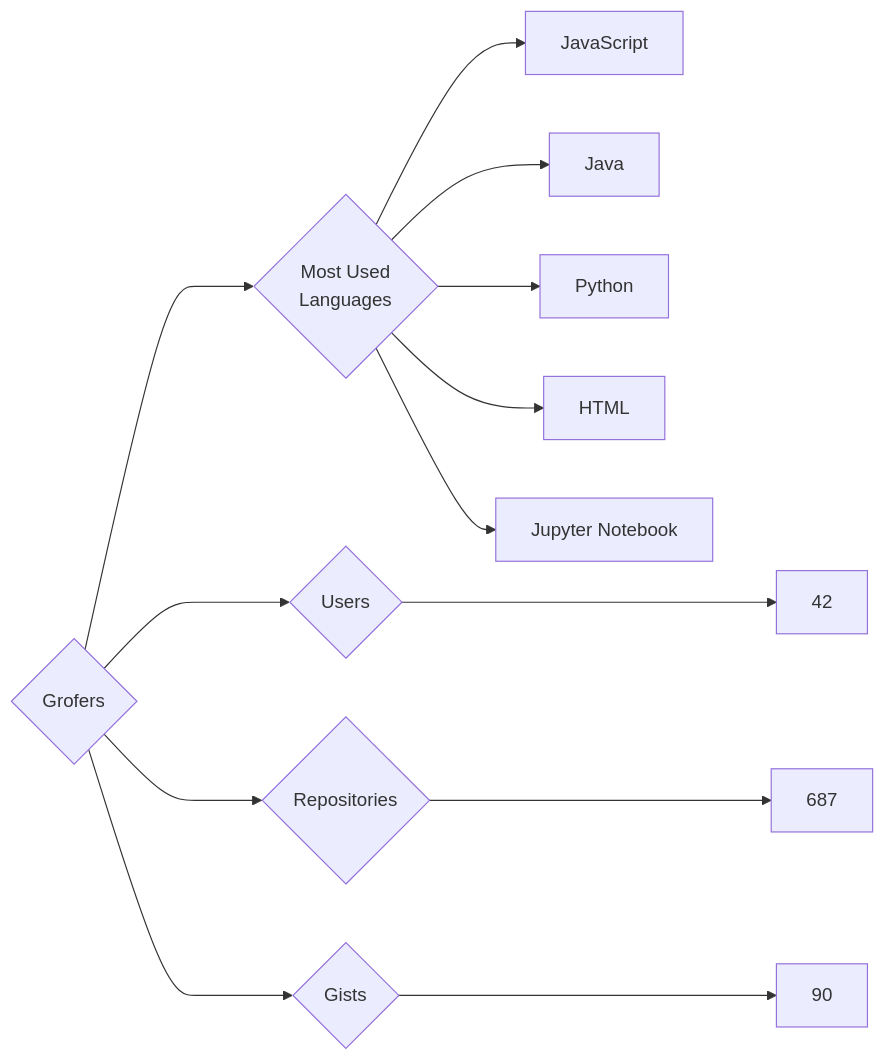
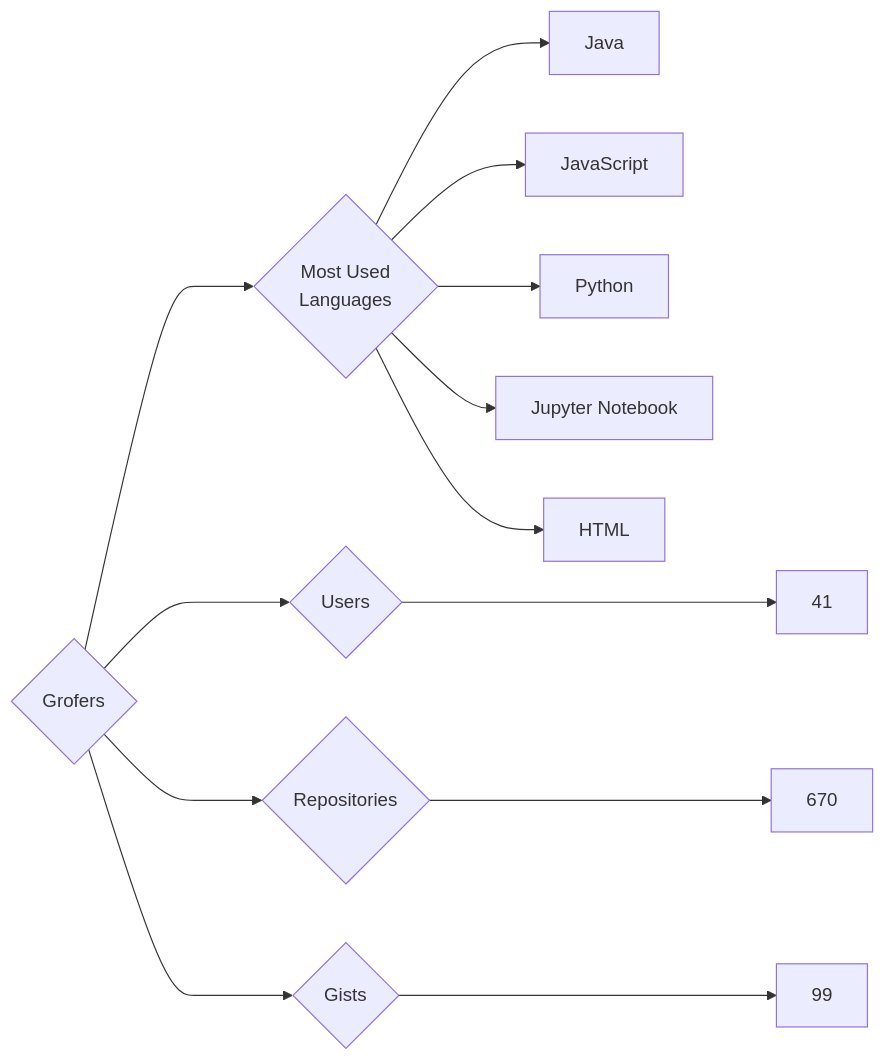
One commit to trickest/insiders changed the diagram in targets/Grofers/README.md. Above: the diagram before and after it, drawn with Mermaid. The commit also changed 636 other files, not shown here.

````diff
--- a/targets/Grofers/README.md
+++ b/targets/Grofers/README.md
@@ -3,13 +3,13 @@
 ```mermaid
 graph LR
 COMPANY_NAME{Grofers}
-COMPANY_NAME ---> U{Users} ---> UN[42]
-COMPANY_NAME ---> R{Repositories} ---> RN[687]
-COMPANY_NAME ---> G{Gists} ---> GN[90]
+COMPANY_NAME ---> U{Users} ---> UN[41]
+COMPANY_NAME ---> R{Repositories} ---> RN[670]
+COMPANY_NAME ---> G{Gists} ---> GN[99]
 COMPANY_NAME ---> ML{Most Used<br>Languages}
+ML --> Java[Java]
 ML --> JavaScript[JavaScript]
-ML --> Java[Java]
 ML --> Python[Python]
+ML --> Jupyter_Notebook[Jupyter Notebook]
 ML --> HTML[HTML]
-ML --> Jupyter_Notebook[Jupyter Notebook]
 ```
````
